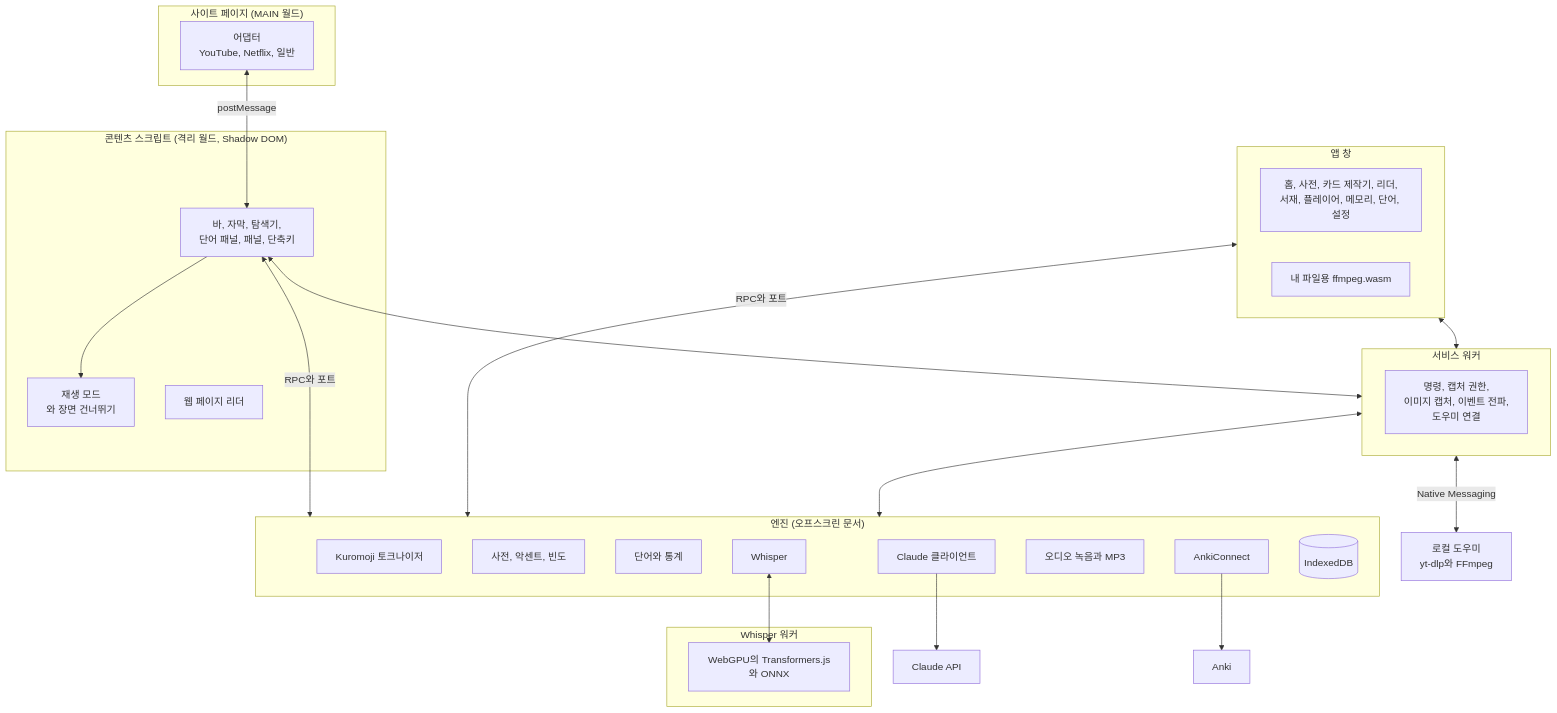
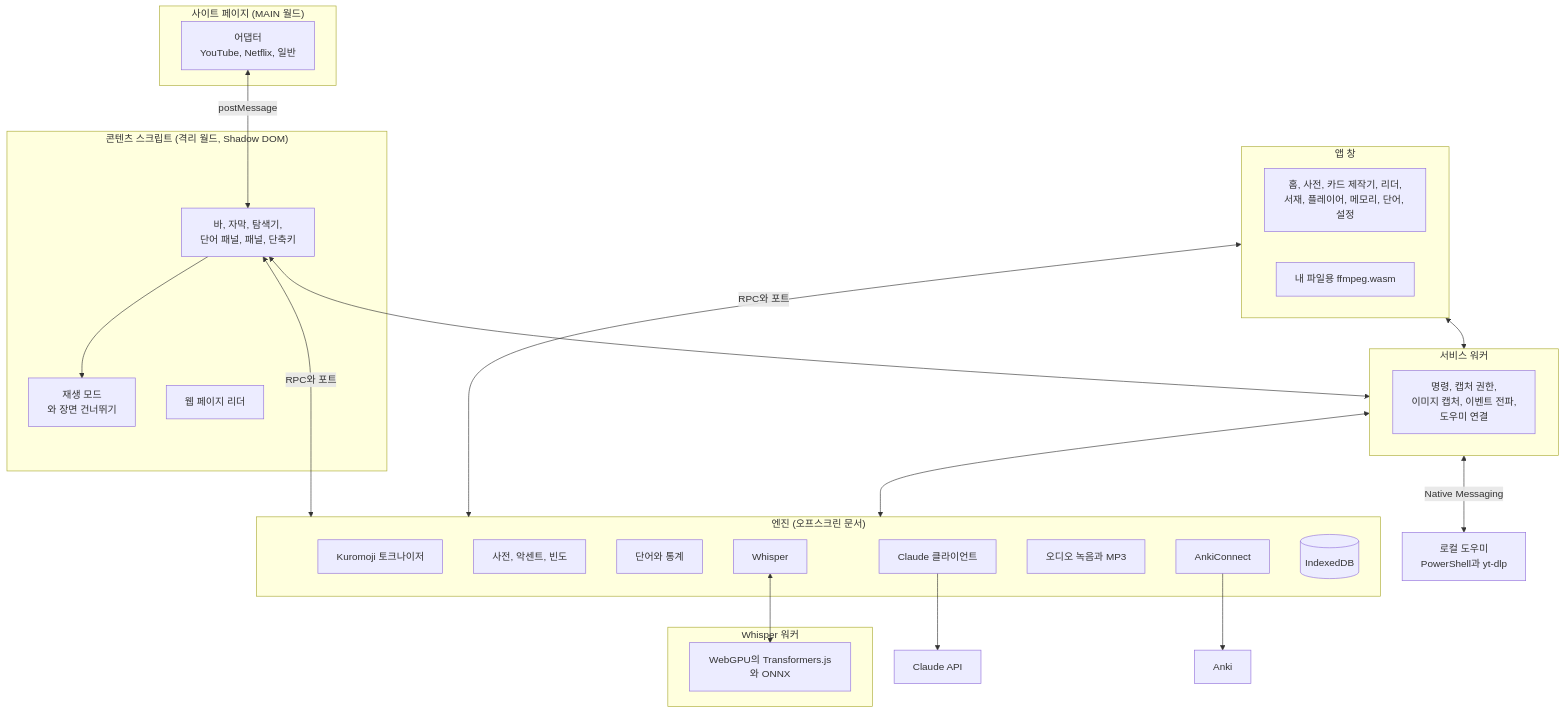
One commit to Eliam4510/kotonoha changed the diagram in docs/ko/architecture.md. Above: the diagram before and after it, drawn with Mermaid. The commit also changed other lines of this file and 83 other files, not shown here.

````diff
--- a/docs/ko/architecture.md
+++ b/docs/ko/architecture.md
@@ -9,42 +9,42 @@
 ```mermaid
 flowchart TB
   subgraph Pagina["사이트 페이지 (MAIN 월드)"]
     AD["어댑터<br/>YouTube, Netflix, 일반"]
   end
   subgraph Contenido["콘텐츠 스크립트 (격리 월드, Shadow DOM)"]
     UI["바, 자막, 탐색기,<br/>단어 패널, 패널, 단축키"]
     MODO["재생 모드<br/>와 장면 건너뛰기"]
     WEB["웹 페이지 리더"]
   end
   subgraph SW["서비스 워커"]
     RUTA["명령, 캡처 권한,<br/>이미지 캡처, 이벤트 전파,<br/>도우미 연결"]
   end
   subgraph Motor["엔진 (오프스크린 문서)"]
     TOK["Kuromoji 토크나이저"]
     DIC["사전, 악센트, 빈도"]
     PAL["단어와 통계"]
     IA["Claude 클라이언트"]
     ANKI["AnkiConnect"]
     REC["오디오 녹음과 MP3"]
     WH["Whisper"]
     DB[("IndexedDB")]
   end
   subgraph Trabajador["Whisper 워커"]
     GPU["WebGPU의 Transformers.js와 ONNX"]
   end
   subgraph App["앱 창"]
     PANT["홈, 사전, 카드 제작기, 리더,<br/>서재, 플레이어, 메모리, 단어, 설정"]
     FF["내 파일용 ffmpeg.wasm"]
   end
   AD <-->|postMessage| UI
   UI --> MODO
   UI <-->|RPC와 포트| Motor
   UI <--> SW
   App <-->|RPC와 포트| Motor
   App <--> SW
   SW <--> Motor
-  SW <-->|Native Messaging| AY["로컬 도우미<br/>yt-dlp와 FFmpeg"]
+  SW <-->|Native Messaging| AY["로컬 도우미<br/>PowerShell과 yt-dlp"]
   WH <--> GPU
   IA --> CL["Claude API"]
   ANKI --> AN["Anki"]
 ```
````
